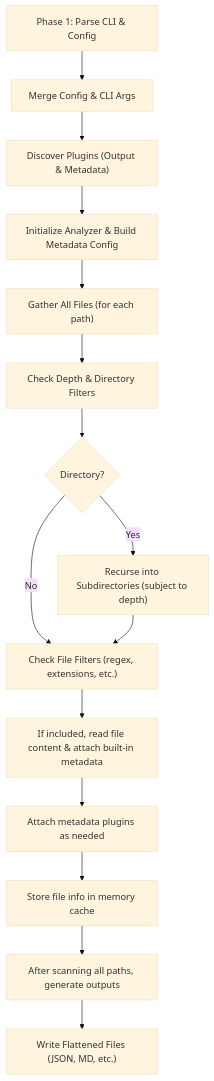
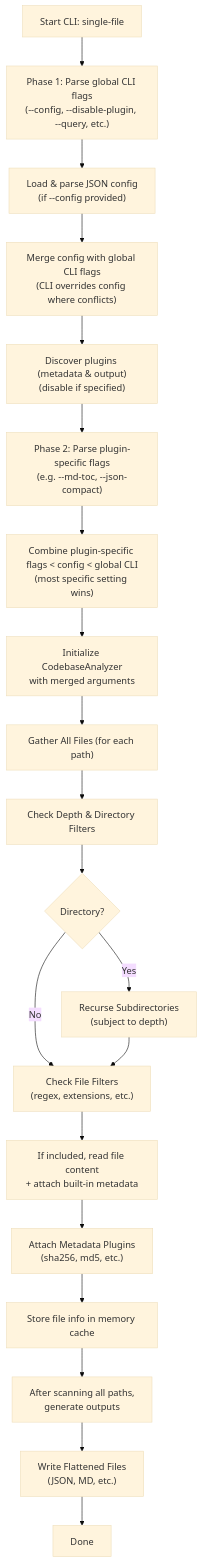
Before and after one commit to chrisdreid/single-file: the diagram in README.md, drawn with Mermaid (base theme). The commit also changed other lines of this file, not shown here.

Commit message:
updated mermaid and examples in readme.md

````diff
--- a/README.md
+++ b/README.md
@@ -156,17 +164,22 @@
 ```mermaid
 flowchart TB
-    A[Phase 1: Parse CLI & Config] --> B[Merge Config & CLI Args]
-    B --> C["Discover Plugins (Output & Metadata)"]
-    C --> D[Initialize Analyzer & Build Metadata Config]
-    D --> E["Gather All Files (for each path)"]
-    E --> F[Check Depth & Directory Filters]
-    F --> G{Directory?}
-    G -- Yes --> H["Recurse into Subdirectories (subject to depth)"]
-    G -- No --> I["Check File Filters (regex, extensions, etc.)"]
-    H --> I
-    I --> J[If included, read file content & attach built-in metadata]
-    J --> K[Attach metadata plugins as needed]
-    K --> L[Store file info in memory cache]
-    L --> M[After scanning all paths, generate outputs]
-    M --> N["Write Flattened Files (JSON, MD, etc.)"]
+    A[Start CLI: single-file <args>] --> B["Phase 1: Parse global CLI flags<br/>(--config, --disable-plugin, --query, etc.)"]
+    B --> C["Load & parse JSON config<br/>(if --config provided)"]
+    C --> D["Merge config with global CLI flags<br/>(CLI overrides config where conflicts)"]
+    D --> E["Discover plugins (metadata & output)<br/>(disable if specified)"]
+    E --> F["Phase 2: Parse plugin-specific flags<br/>(e.g. --md-toc, --json-compact)"]
+    F --> G["Combine plugin-specific flags < config < global CLI<br/>(most specific setting wins)"]
+    G --> H["Initialize CodebaseAnalyzer<br/>with merged arguments"]
+    H --> I["Gather All Files (for each path)"]
+    I --> J["Check Depth & Directory Filters"]
+    J --> K{Directory?}
+    K -- Yes --> L["Recurse Subdirectories<br/>(subject to depth)"]
+    K -- No --> M["Check File Filters<br/>(regex, extensions, etc.)"]
+    L --> M
+    M --> N["If included, read file content<br/>+ attach built-in metadata"]
+    N --> O["Attach Metadata Plugins<br/>(sha256, md5, etc.)"]
+    O --> P["Store file info in memory cache"]
+    P --> Q["After scanning all paths,<br/>generate outputs"]
+    Q --> R["Write Flattened Files<br/>(JSON, MD, etc.)"]
+    R --> S[Done]
 ```
````
